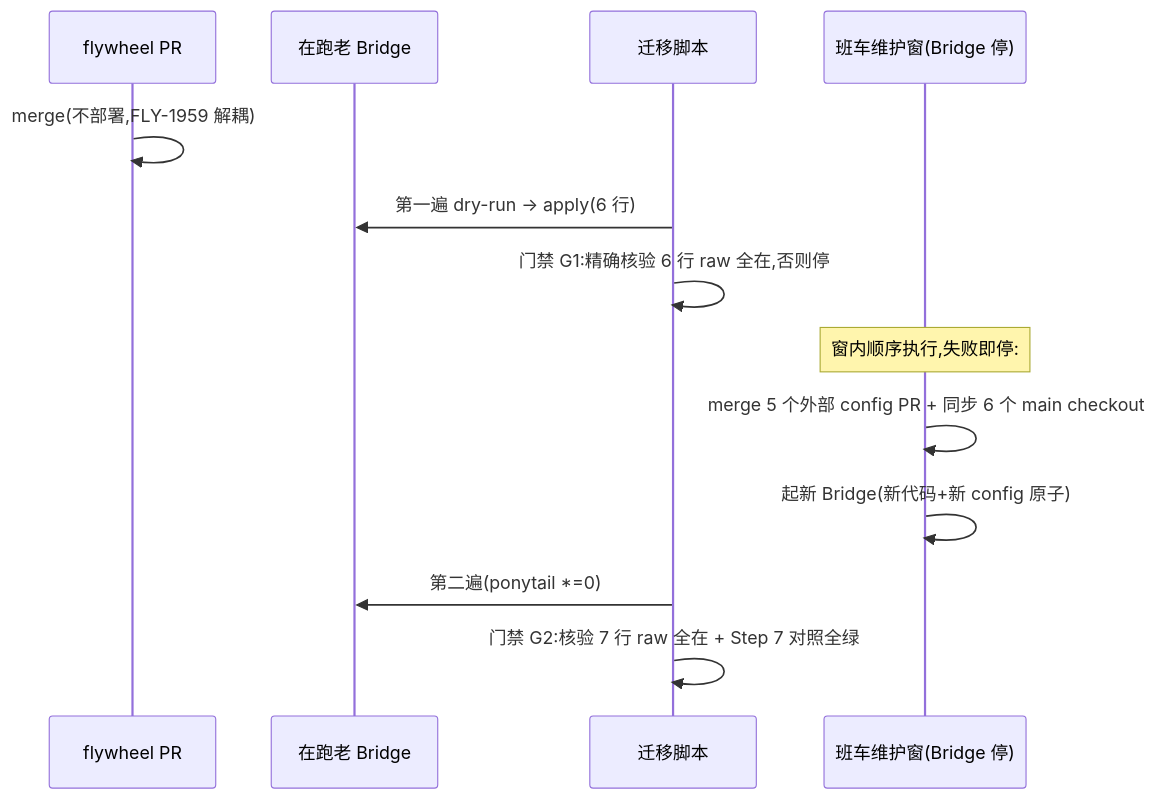
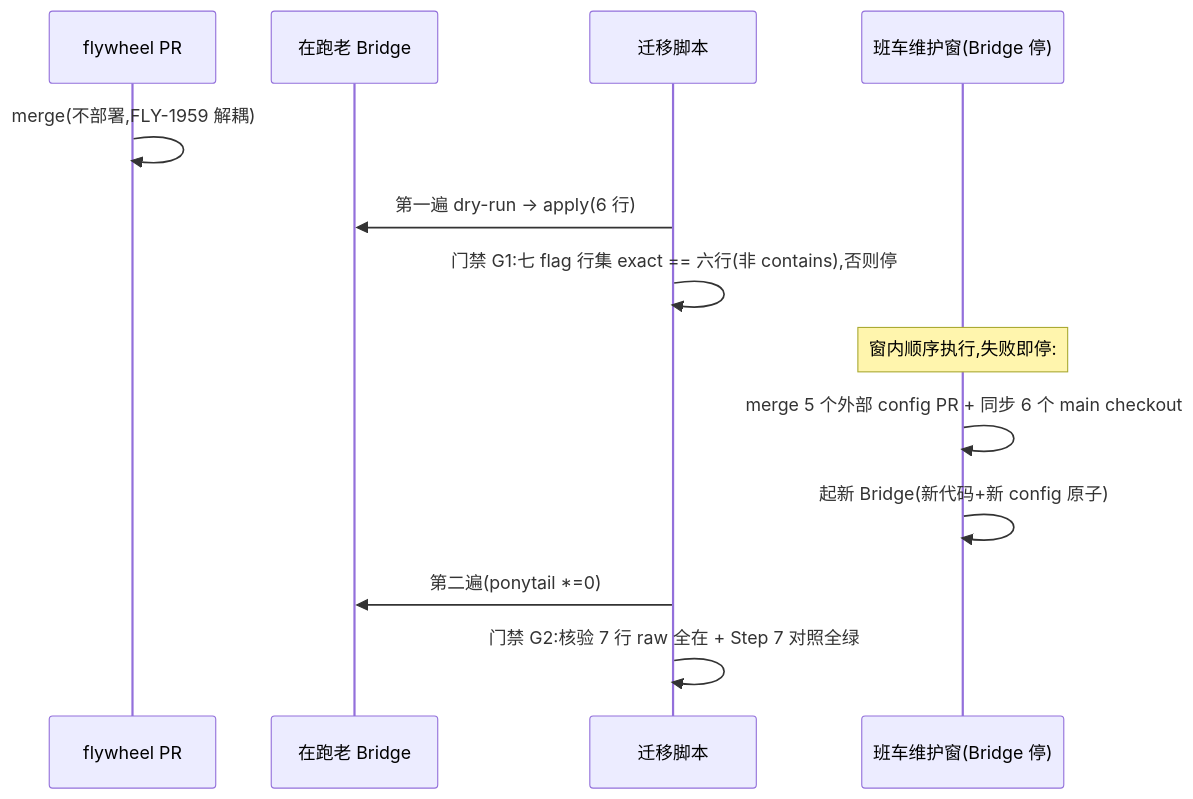
One commit to xrliAnnie/flywheel-qa-sandbox changed the second of 2 diagrams in engineering/doc/FLY-2103-config-flag-retire/plan.md. Above: the diagram before and after it, drawn with Mermaid. The commit also changed other lines of this file, not shown here.

First line of the commit message:
docs(FLY-2103): address Codex R3 — receipt minted only by passed G1, post-deploy field-level receipt verification, exact-set wording

````diff
--- a/engineering/doc/FLY-2103-config-flag-retire/plan.md
+++ b/engineering/doc/FLY-2103-config-flag-retire/plan.md
@@ -218,15 +227,15 @@
 ```mermaid
 sequenceDiagram
   participant PR as flywheel PR
   participant B as 在跑老 Bridge
   participant S as 迁移脚本
   participant W as 班车维护窗(Bridge 停)
   PR->>PR: merge(不部署,FLY-1959 解耦)
   S->>B: 第一遍 dry-run → apply(6 行)
-  S->>S: 门禁 G1:精确核验 6 行 raw 全在,否则停
+  S->>S: 门禁 G1:七 flag 行集 exact == 六行(非 contains),否则停
   Note over W: 窗内顺序执行,失败即停:
   W->>W: merge 5 个外部 config PR + 同步 6 个 main checkout
   W->>W: 起新 Bridge(新代码+新 config 原子)
   S->>B: 第二遍(ponytail *=0)
   S->>S: 门禁 G2:核验 7 行 raw 全在 + Step 7 对照全绿
 ```
````
